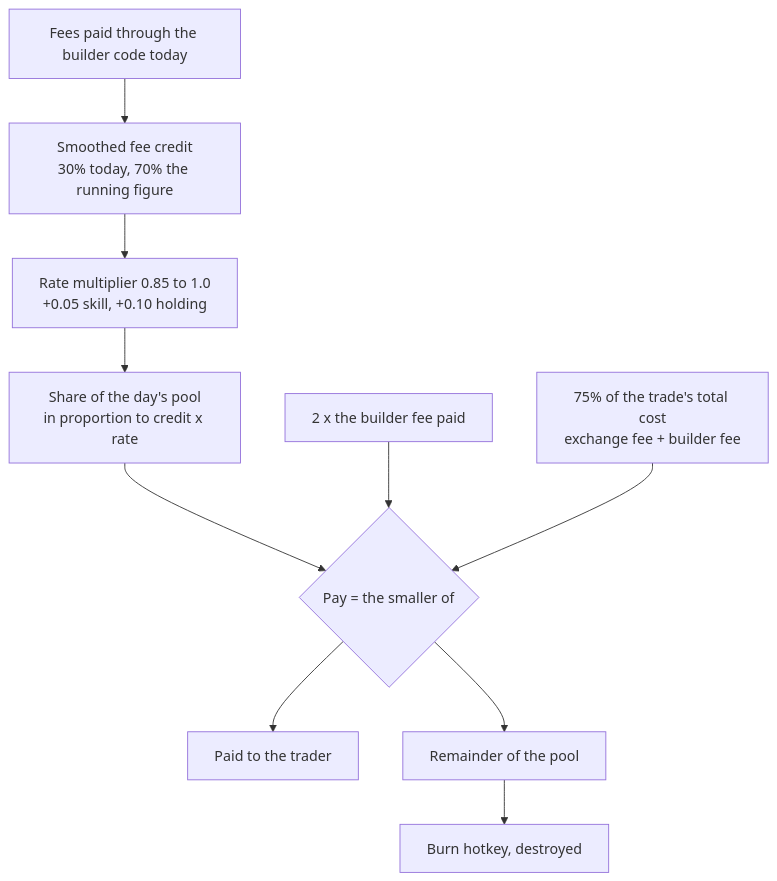
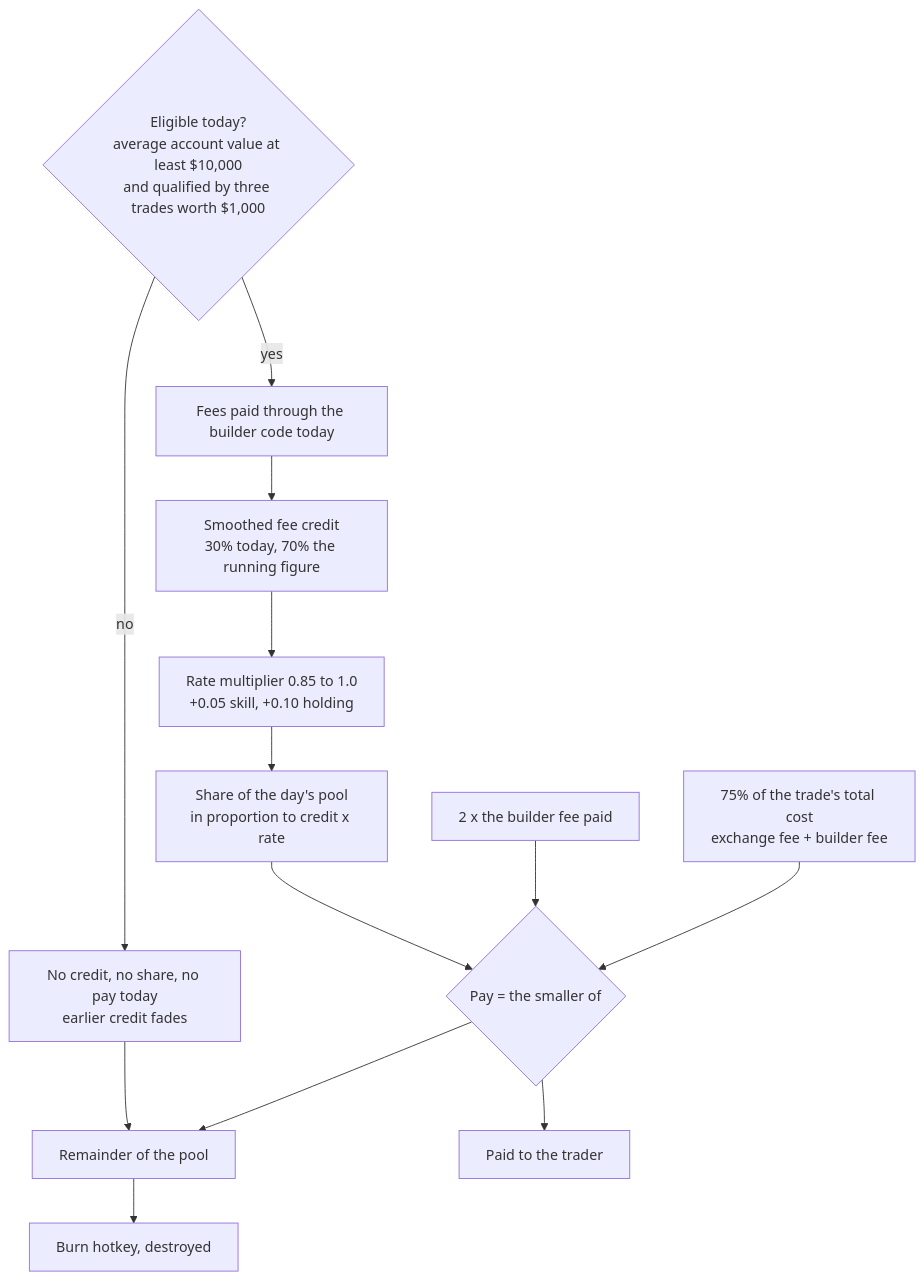
Before and after one commit to kokoahdotcom/kokoah-subnet: the second of 2 diagrams in docs/whitepaper.md, drawn with Mermaid. The commit also changed other lines of this file, not shown here.

Commit message:
whitepaper 1.2: eligibility through the summary, figures, attack table, verification and appendices

````diff
--- a/docs/whitepaper.md
+++ b/docs/whitepaper.md
@@ -99,11 +102,13 @@
 ```mermaid
 flowchart TD
-  F[Fees paid through the builder code today] --> S[Smoothed fee credit<br/>30% today, 70% the running figure]
+  E{Eligible today?<br/>average account value at least $10,000<br/>and qualified by three trades worth $1,000} -->|yes| F[Fees paid through the builder code today]
+  E -->|no| Z[No credit, no share, no pay today<br/>earlier credit fades] --> R
+  F --> S[Smoothed fee credit<br/>30% today, 70% the running figure]
   S --> M[Rate multiplier 0.85 to 1.0<br/>+0.05 skill, +0.10 holding]
   M --> SH[Share of the day's pool<br/>in proportion to credit x rate]
   SH --> P{Pay = the smaller of}
   C1[2 x the builder fee paid] --> P
   C2[75% of the trade's total cost<br/>exchange fee + builder fee] --> P
   P --> PAY[Paid to the trader]
   P --> R[Remainder of the pool] --> BURN[Burn hotkey, destroyed]
 ```
````
